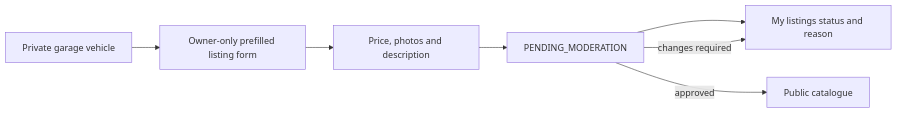
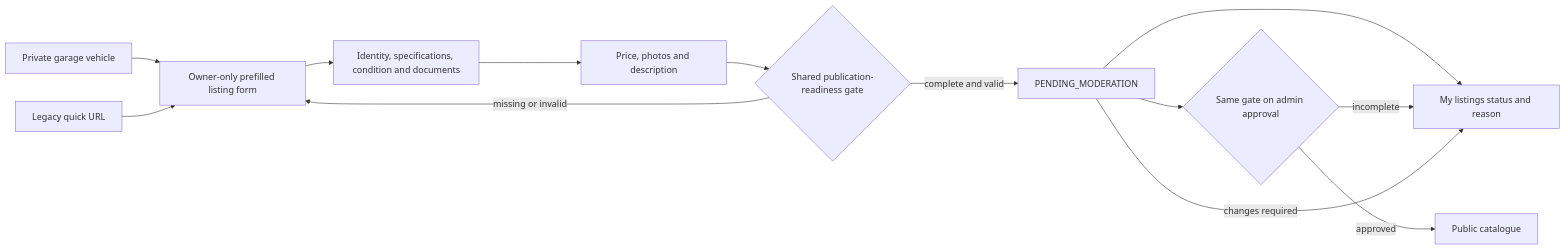
The sixth of 7 diagrams in docs/PROJECT_GRAPH.md (microsecret/automart), drawn with Mermaid before and after one commit. The commit also changed other lines of this file and 20 other files, not shown here.

````diff
--- a/docs/PROJECT_GRAPH.md
+++ b/docs/PROJECT_GRAPH.md
@@ -170,9 +171,15 @@
 ```mermaid
 flowchart LR
   Garage["Private garage vehicle"] --> Prefill["Owner-only prefilled listing form"]
-  Prefill --> Photos["Price, photos and description"]
-  Photos --> Pending["PENDING_MODERATION"]
+  Legacy["Legacy quick URL"] --> Prefill
+  Prefill --> Details["Identity, specifications, condition and documents"]
+  Details --> Photos["Price, photos and description"]
+  Photos --> Gate{"Shared publication-readiness gate"}
+  Gate -->|complete and valid| Pending["PENDING_MODERATION"]
+  Gate -->|missing or invalid| Prefill
   Pending --> Dashboard["My listings status and reason"]
-  Pending -->|approved| Public["Public catalogue"]
+  Pending --> AdminGate{"Same gate on admin approval"}
+  AdminGate -->|approved| Public["Public catalogue"]
+  AdminGate -->|incomplete| Dashboard
   Pending -->|changes required| Dashboard
 ```
````
